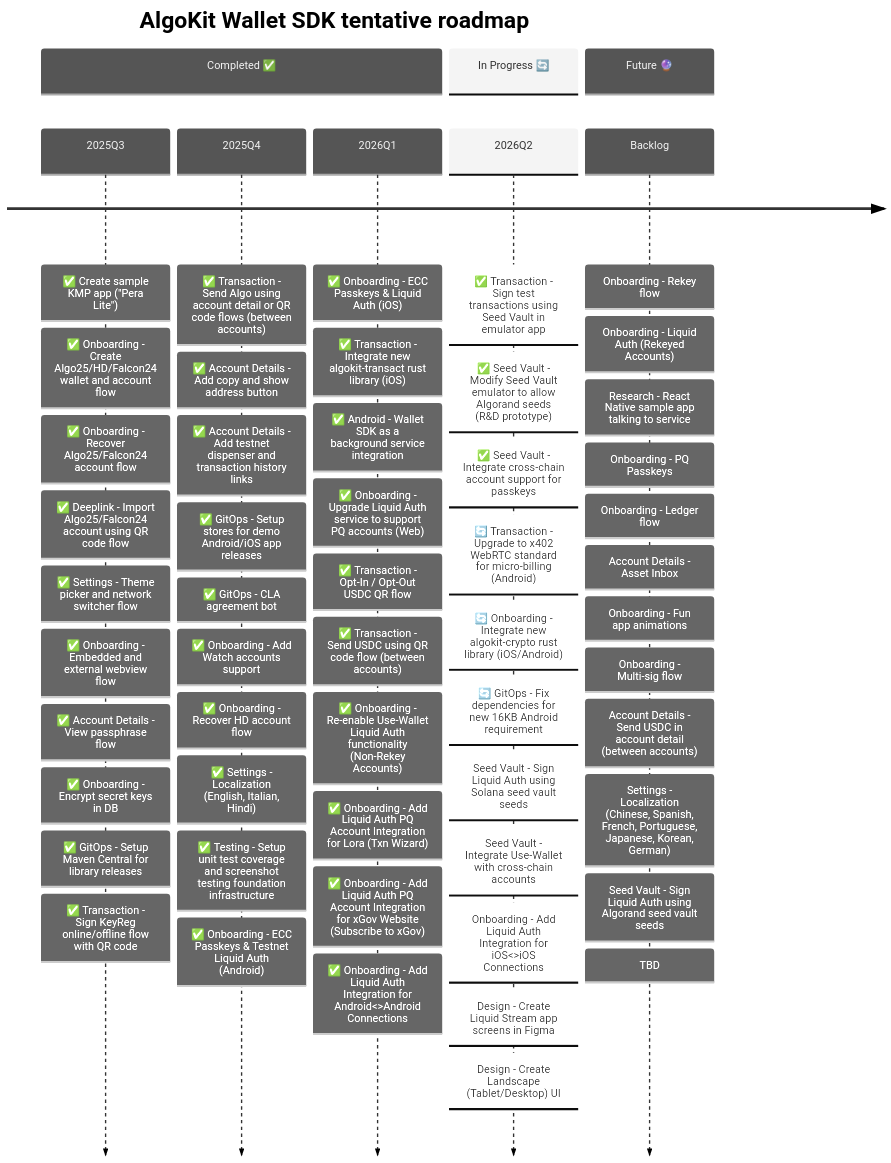
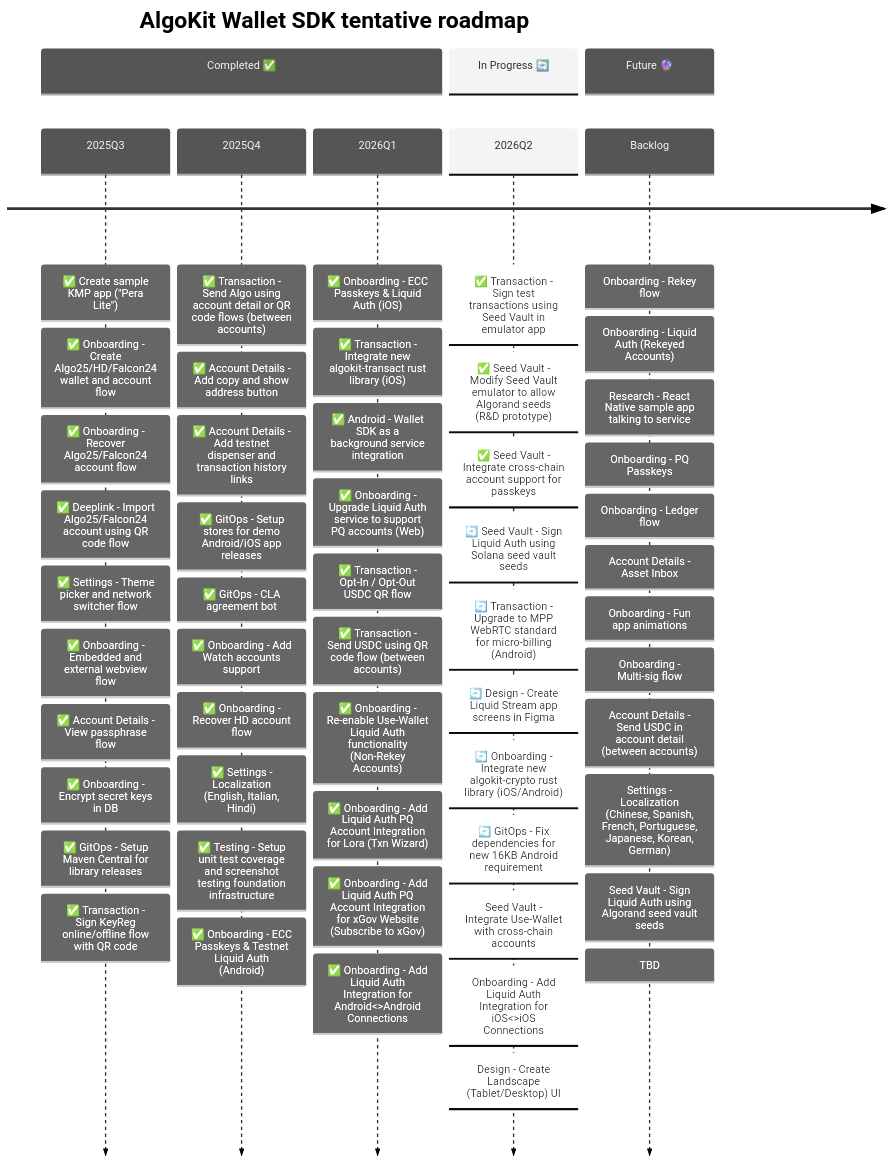
One commit to michaeltchuangllc/algokit-walletsdk-kmp changed the third of 4 diagrams in README.md. Above: the diagram before and after it, drawn with Mermaid. The commit also changed other lines of this file and 22 other files, not shown here.

````diff
--- a/README.md
+++ b/README.md
@@ -69,70 +113,70 @@
 ```mermaid
 ---
 config:
   theme: 'neutral'
 ---
 timeline
     title AlgoKit Wallet SDK tentative roadmap
 
     section Completed ✅
     2025Q3  : ✅ Create sample KMP app ("Pera Lite")
             : ✅ Onboarding - Create Algo25/HD/Falcon24 wallet and account flow
             : ✅ Onboarding - Recover Algo25/Falcon24 account flow
             : ✅ Deeplink - Import Algo25/Falcon24 account using QR code flow
             : ✅ Settings - Theme picker and network switcher flow
             : ✅ Onboarding - Embedded and external webview flow
             : ✅ Account Details - View passphrase flow
             : ✅ Onboarding - Encrypt secret keys in DB
             : ✅ GitOps - Setup Maven Central for library releases
             : ✅ Transaction - Sign KeyReg online/offline flow with QR code
 
     2025Q4  : ✅ Transaction - Send Algo using account detail or QR code flows (between accounts)
             : ✅ Account Details - Add copy and show address button
             : ✅ Account Details - Add testnet dispenser and transaction history links
             : ✅ GitOps - Setup stores for demo Android/iOS app releases
             : ✅ GitOps - CLA agreement bot
             : ✅ Onboarding - Add Watch accounts support
             : ✅ Onboarding - Recover HD account flow
             : ✅ Settings - Localization (English, Italian, Hindi)
             : ✅ Testing - Setup unit test coverage and screenshot testing foundation infrastructure
             : ✅ Onboarding - ECC Passkeys & Testnet Liquid Auth (Android)
 
     2026Q1  : ✅ Onboarding - ECC Passkeys & Liquid Auth (iOS)
             : ✅ Transaction - Integrate new algokit-transact rust library (iOS)
             : ✅ Android - Wallet SDK as a background service integration
             : ✅ Onboarding - Upgrade Liquid Auth service to support PQ accounts (Web)
             : ✅ Transaction - Opt-In / Opt-Out USDC QR flow
             : ✅ Transaction - Send USDC using QR code flow (between accounts)
             : ✅ Onboarding - Re-enable Use-Wallet Liquid Auth functionality (Non-Rekey Accounts)
             : ✅ Onboarding - Add Liquid Auth PQ Account Integration for Lora (Txn Wizard)
             : ✅ Onboarding - Add Liquid Auth PQ Account Integration for xGov Website (Subscribe to xGov)
             : ✅ Onboarding - Add Liquid Auth Integration for Android<>Android Connections
 
     section In Progress 🔄
     2026Q2  : ✅ Transaction - Sign test transactions using Seed Vault in emulator app
             : ✅ Seed Vault - Modify Seed Vault emulator to allow Algorand seeds (R&D prototype)
             : ✅ Seed Vault - Integrate cross-chain account support for passkeys
-            : 🔄 Transaction - Upgrade to x402 WebRTC standard for micro-billing (Android)
+            : 🔄 Seed Vault - Sign Liquid Auth using Solana seed vault seeds
+            : 🔄 Transaction - Upgrade to MPP WebRTC standard for micro-billing (Android)
+            : 🔄 Design - Create Liquid Stream app screens in Figma
             : 🔄 Onboarding - Integrate new algokit-crypto rust library (iOS/Android)
             : 🔄 GitOps - Fix dependencies for new 16KB Android requirement
-            : Seed Vault - Sign Liquid Auth using Solana seed vault seeds
             : Seed Vault - Integrate Use-Wallet with cross-chain accounts
             : Onboarding - Add Liquid Auth Integration for iOS<>iOS Connections
-            : Design - Create Liquid Stream app screens in Figma
             : Design - Create Landscape (Tablet/Desktop) UI
             
     section Future 🔮
     Backlog
             : Onboarding - Rekey flow
             : Onboarding - Liquid Auth (Rekeyed Accounts)
             : Research - React Native sample app talking to service
             : Onboarding - PQ Passkeys
             : Onboarding - Ledger flow
             : Account Details - Asset Inbox
             : Onboarding - Fun app animations
             : Onboarding - Multi-sig flow
             : Account Details - Send USDC in account detail (between accounts)
             : Settings - Localization (Chinese, Spanish, French, Portuguese, Japanese, Korean, German)
             : Seed Vault - Sign Liquid Auth using Algorand seed vault seeds
             : TBD
 ```
````
